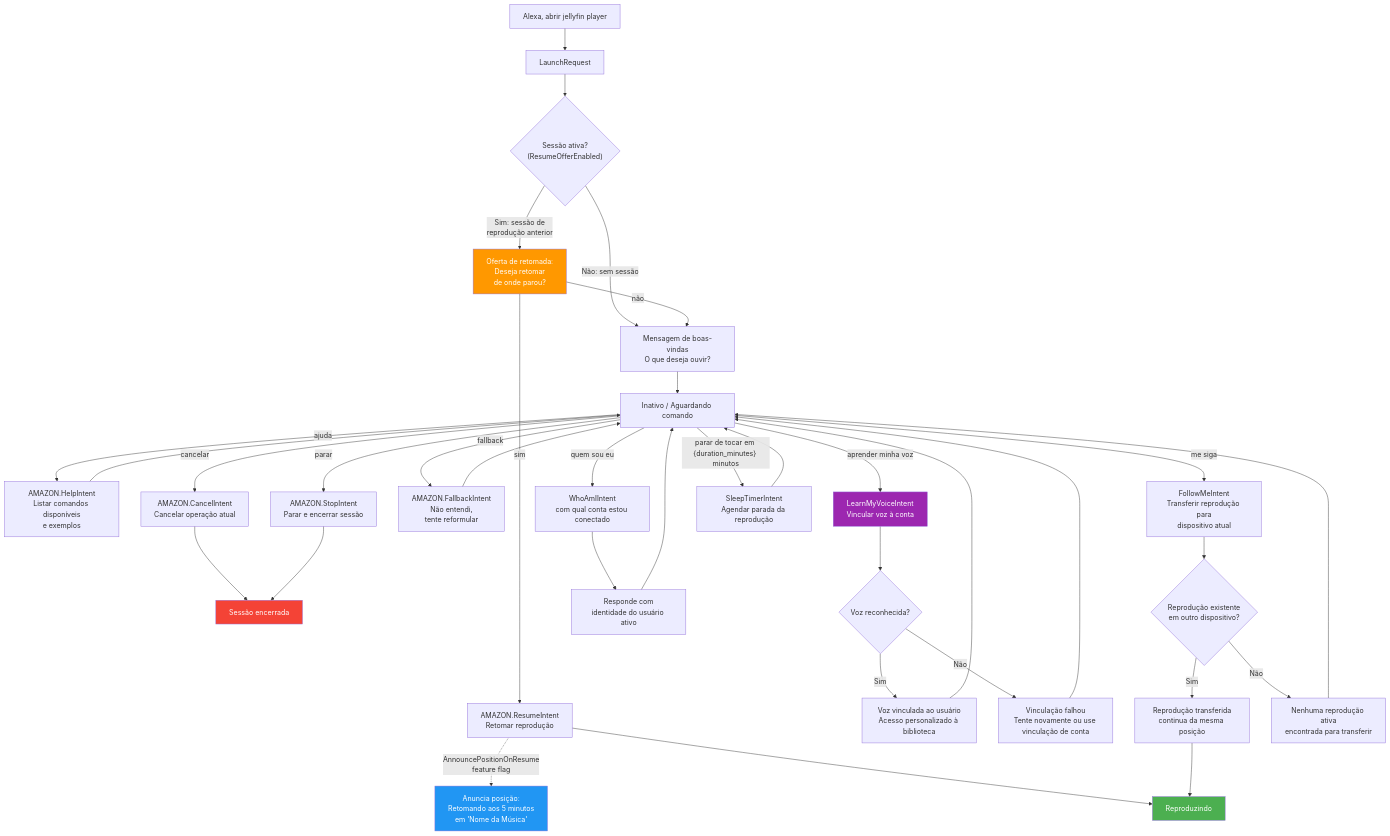
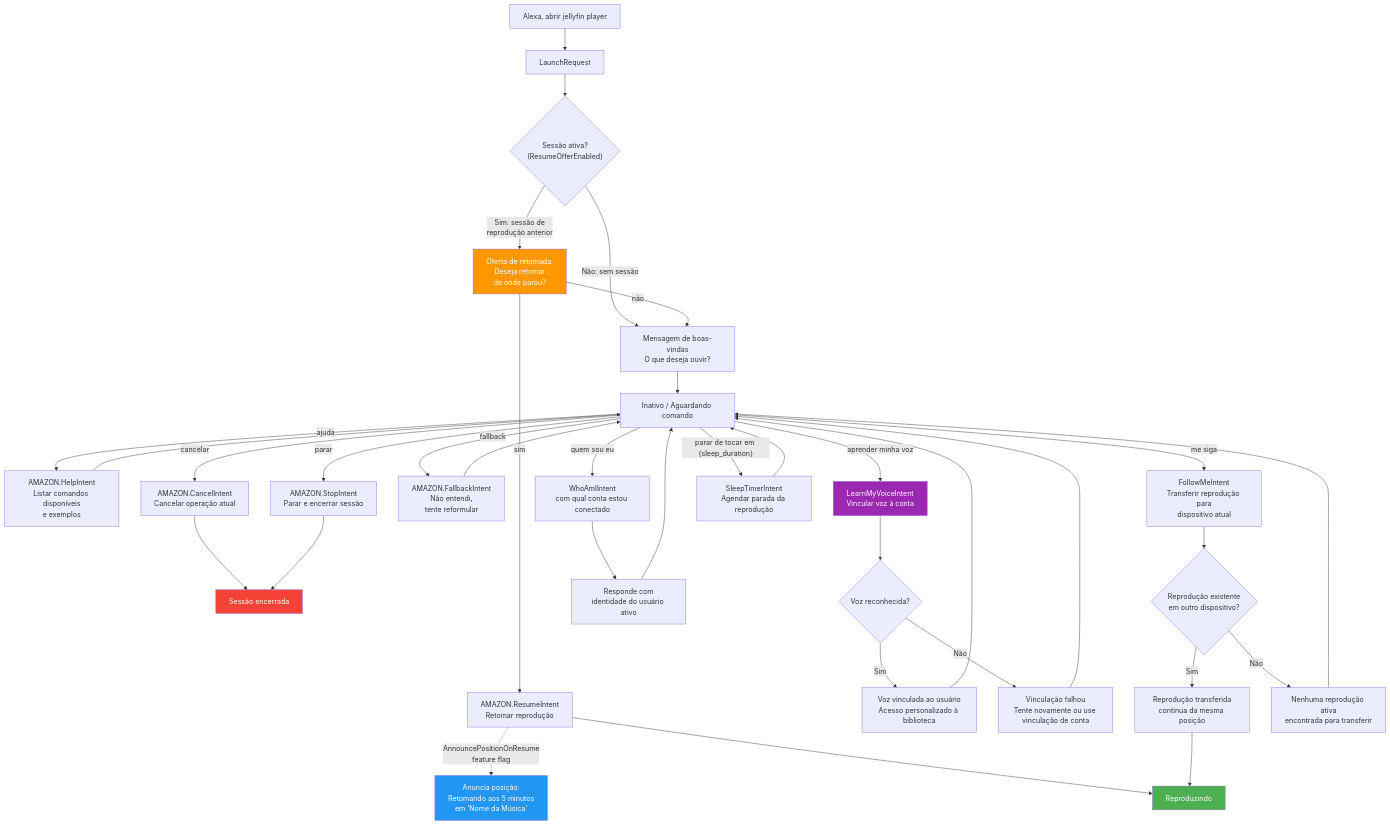
One commit to paoloantinori/jellyfin-alexa-plugin changed the diagram in docs/session-management-pt-BR.md. Above: the diagram before and after it, drawn with Mermaid. The commit also changed 94 other files, not shown here.

````diff
--- a/docs/session-management-pt-BR.md
+++ b/docs/session-management-pt-BR.md
@@ -3,56 +3,56 @@
 ```mermaid
 graph TD
     Open["Alexa, abrir jellyfin player"] --> LaunchRequest["LaunchRequest"]
 
     LaunchRequest --> HasSession{"Sessão ativa?<br/>(ResumeOfferEnabled)"}
 
     HasSession -->|"Sim: sessão de<br/>reprodução anterior"| ResumeOffer["Oferta de retomada:<br/>Deseja retomar<br/>de onde parou?"]
     HasSession -->|"Não: sem sessão"| Welcome["Mensagem de boas-vindas<br/>O que deseja ouvir?"]
 
     ResumeOffer -->|"sim"| ResumePlay["AMAZON.ResumeIntent<br/>Retomar reprodução"]
     ResumeOffer -->|"não"| Welcome
 
     ResumePlay -.->|"AnnouncePositionOnResume<br/>feature flag"| PositionAnnounce["Anuncia posição:<br/>Retomando aos 5 minutos<br/>em 'Nome da Música'"]
     ResumePlay --> Playing["Reproduzindo"]
 
     Welcome --> Idle["Inativo / Aguardando comando"]
 
     Idle -->|"ajuda"| Help["AMAZON.HelpIntent<br/>Listar comandos disponíveis<br/>e exemplos"]
     Idle -->|"cancelar"| Cancel["AMAZON.CancelIntent<br/>Cancelar operação atual"]
     Idle -->|"parar"| Stop["AMAZON.StopIntent<br/>Parar e encerrar sessão"]
     Idle -->|"fallback"| Fallback["AMAZON.FallbackIntent<br/>Não entendi,<br/>tente reformular"]
 
     Help --> Idle
     Cancel --> EndSession["Sessão encerrada"]
     Stop --> EndSession
     Fallback --> Idle
 
     Idle -->|"aprender minha voz"| VoiceLink["LearnMyVoiceIntent<br/>Vincular voz à conta"]
     VoiceLink --> VoiceResult{"Voz reconhecida?"}
     VoiceResult -->|"Sim"| Linked["Voz vinculada ao usuário<br/>Acesso personalizado à biblioteca"]
     VoiceResult -->|"Não"| LinkFailed["Vinculação falhou<br/>Tente novamente ou use vinculação de conta"]
 
     Linked --> Idle
     LinkFailed --> Idle
 
     Idle -->|"quem sou eu"| WhoAmI["WhoAmIIntent<br/>com qual conta estou conectado"]
     WhoAmI --> IdentityResp["Responde com<br/>identidade do usuário ativo"]
     IdentityResp --> Idle
 
     Idle -->|"me siga"| FollowMe["FollowMeIntent<br/>Transferir reprodução para<br/>dispositivo atual"]
     FollowMe --> FollowTransfer{"Reprodução existente<br/>em outro dispositivo?"}
     FollowTransfer -->|"Sim"| TransferOK["Reprodução transferida<br/>continua da mesma posição"]
     FollowTransfer -->|"Não"| NoTransfer["Nenhuma reprodução ativa<br/>encontrada para transferir"]
 
     TransferOK --> Playing
     NoTransfer --> Idle
 
-    Idle -->|"parar de tocar em {duration_minutes} minutos"| Sleep["SleepTimerIntent<br/>Agendar parada da reprodução"]
+    Idle -->|"parar de tocar em {sleep_duration}"| Sleep["SleepTimerIntent<br/>Agendar parada da reprodução"]
     Sleep --> Idle
 
     style Playing fill:#4CAF50,color:#fff
     style EndSession fill:#f44336,color:#fff
     style VoiceLink fill:#9C27B0,color:#fff
     style ResumeOffer fill:#FF9800,color:#fff
     style PositionAnnounce fill:#2196F3,color:#fff
 ```
````
